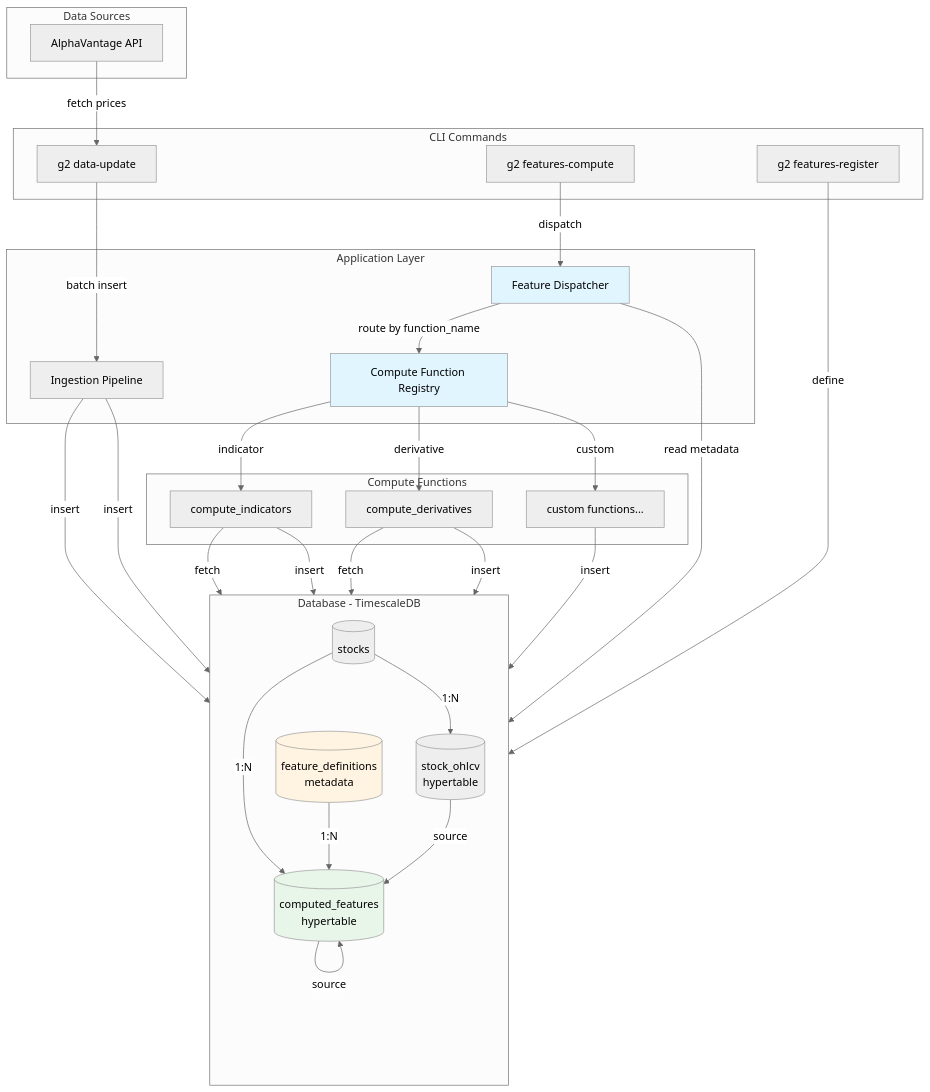
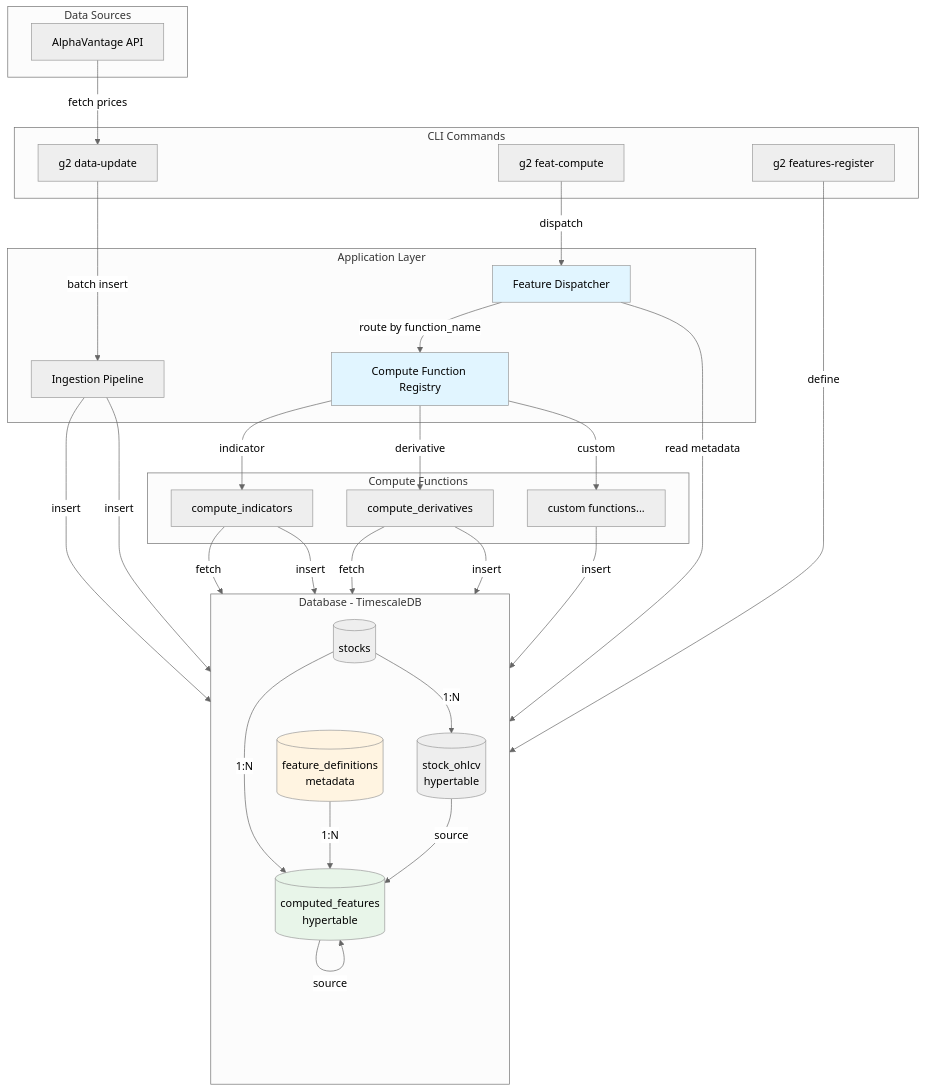
One commit to simonibsen/gefion changed the diagram in README.md. Above: the diagram before and after it, drawn with Mermaid (neutral theme). The commit also changed other lines of this file and 10 other files, not shown here.

````diff
--- a/README.md
+++ b/README.md
@@ -7,67 +7,67 @@
 ```mermaid
 graph TB
     subgraph "Data Sources"
         AV[AlphaVantage API]
     end
 
     subgraph "CLI Commands"
         DataUpdate[g2 data-update]
-        FeaturesCompute[g2 features-compute]
+        FeaturesCompute[g2 feat-compute]
         FeaturesRegister[g2 features-register]
     end
 
     subgraph "Application Layer"
         Ingestion[Ingestion Pipeline]
         Dispatcher[Feature Dispatcher]
         Registry[Compute Function Registry]
     end
 
     subgraph "Compute Functions"
         IndicatorFn[compute_indicators]
         DerivativeFn[compute_derivatives]
         CustomFn[custom functions...]
     end
 
     subgraph "Database - TimescaleDB"
         direction TB
         Stocks[(stocks)]
         Prices[(stock_ohlcv<br/>hypertable)]
         FeatureDefs[(feature_definitions<br/>metadata)]
         ComputedFeatures[(computed_features<br/>hypertable)]
 
         Stocks -->|1:N| Prices
         Stocks -->|1:N| ComputedFeatures
         FeatureDefs -->|1:N| ComputedFeatures
         Prices -->|source| ComputedFeatures
         ComputedFeatures -->|source| ComputedFeatures
     end
 
     %% Data ingestion flow
     AV -->|fetch prices| DataUpdate
     DataUpdate -->|batch insert| Ingestion
     Ingestion -->|insert| Stocks
     Ingestion -->|insert| Prices
 
     %% Feature registration flow
     FeaturesRegister -->|define| FeatureDefs
 
     %% Feature computation flow
     FeaturesCompute -->|dispatch| Dispatcher
     Dispatcher -->|read metadata| FeatureDefs
     Dispatcher -->|route by function_name| Registry
     Registry -->|indicator| IndicatorFn
     Registry -->|derivative| DerivativeFn
     Registry -->|custom| CustomFn
 
     IndicatorFn -->|fetch| Prices
     DerivativeFn -->|fetch| ComputedFeatures
 
     IndicatorFn -->|insert| ComputedFeatures
     DerivativeFn -->|insert| ComputedFeatures
     CustomFn -->|insert| ComputedFeatures
 
     style Dispatcher fill:#e1f5ff
     style Registry fill:#e1f5ff
     style FeatureDefs fill:#fff4e1
     style ComputedFeatures fill:#e8f5e9
 ```
````
